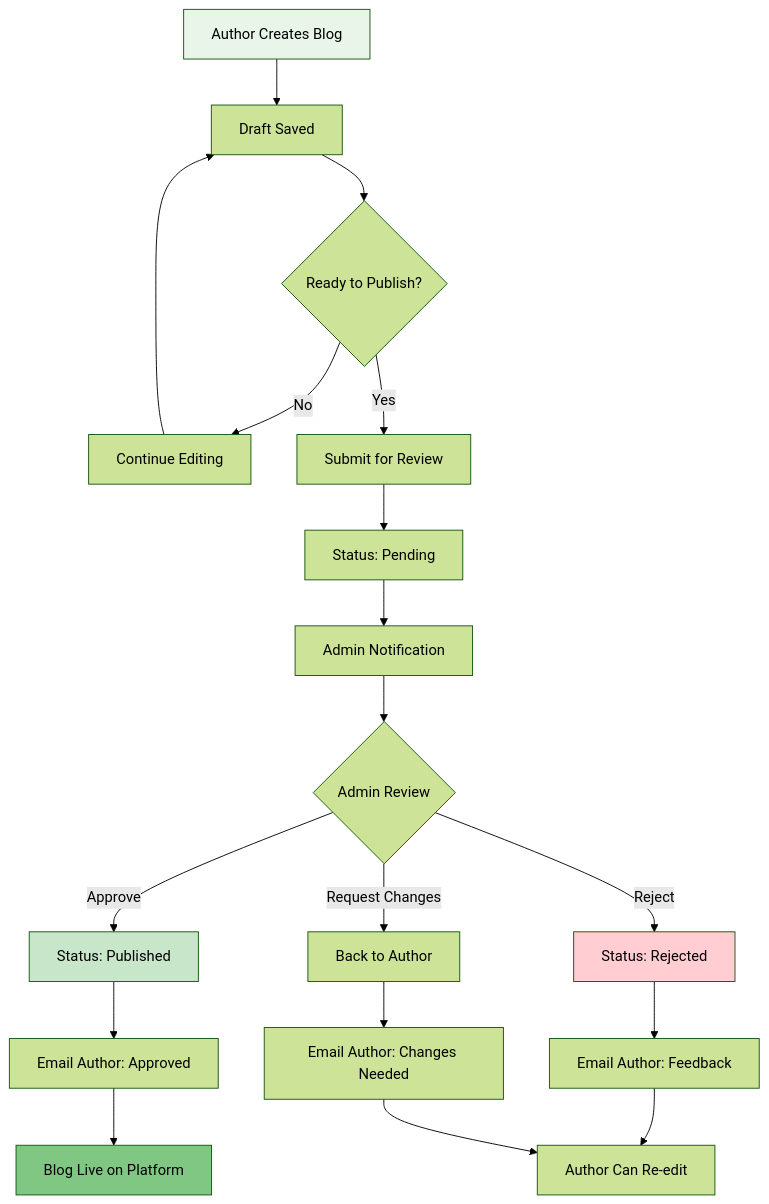
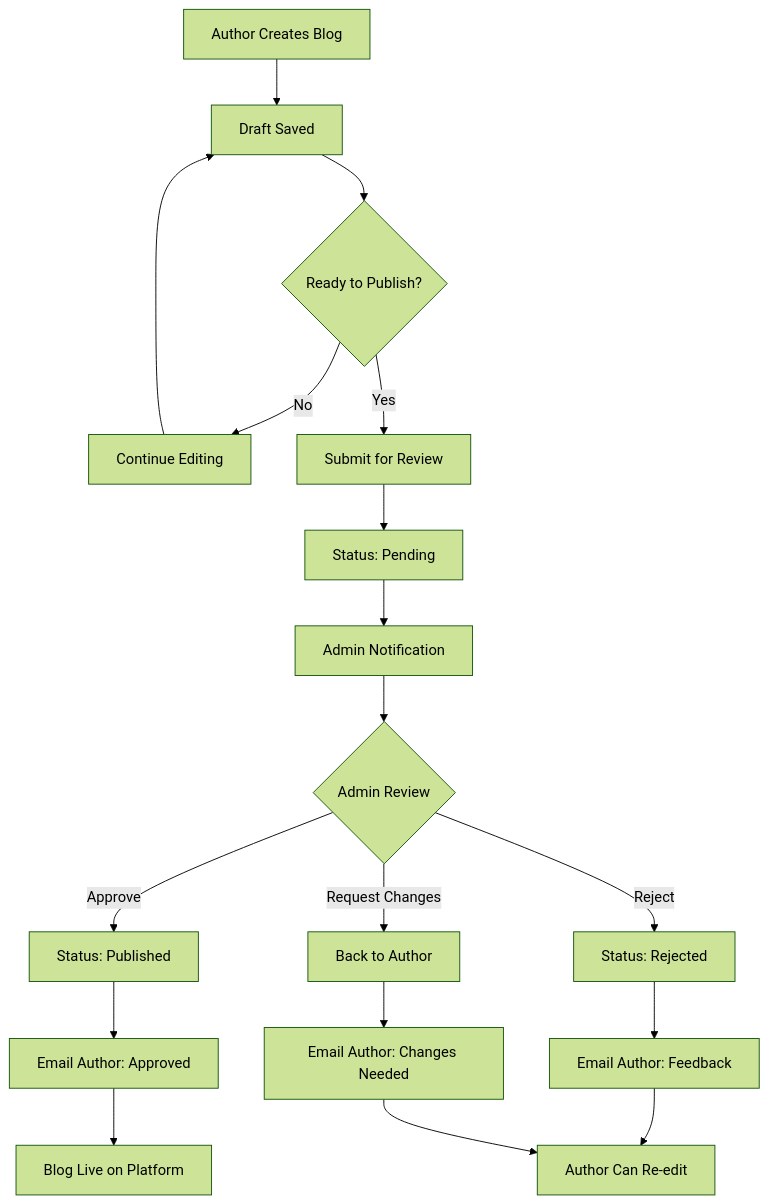
Before and after one commit to choksi2212/blog-vibe: the fifth of 9 diagrams in README.md, drawn with Mermaid (forest theme). The commit also changed other lines of this file, not shown here.

````diff
--- a/README.md
+++ b/README.md
@@ -447,29 +438,24 @@
 ```mermaid
 flowchart TD
     A[Author Creates Blog] --> B[Draft Saved]
     B --> C{Ready to Publish?}
     C -->|No| D[Continue Editing]
     C -->|Yes| E[Submit for Review]
     
     D --> B
     E --> F[Status: Pending]
     F --> G[Admin Notification]
     
     G --> H{Admin Review}
     H -->|Approve| I[Status: Published]
     H -->|Reject| J[Status: Rejected]
     H -->|Request Changes| K[Back to Author]
     
     I --> L[Email Author: Approved]
     J --> M[Email Author: Feedback]
     K --> N[Email Author: Changes Needed]
     
     L --> O[Blog Live on Platform]
     M --> P[Author Can Re-edit]
     N --> P
-    
-    style A fill:#e8f5e8
-    style I fill:#c8e6c9
-    style J fill:#ffcdd2
-    style O fill:#81c784
 ```
````
